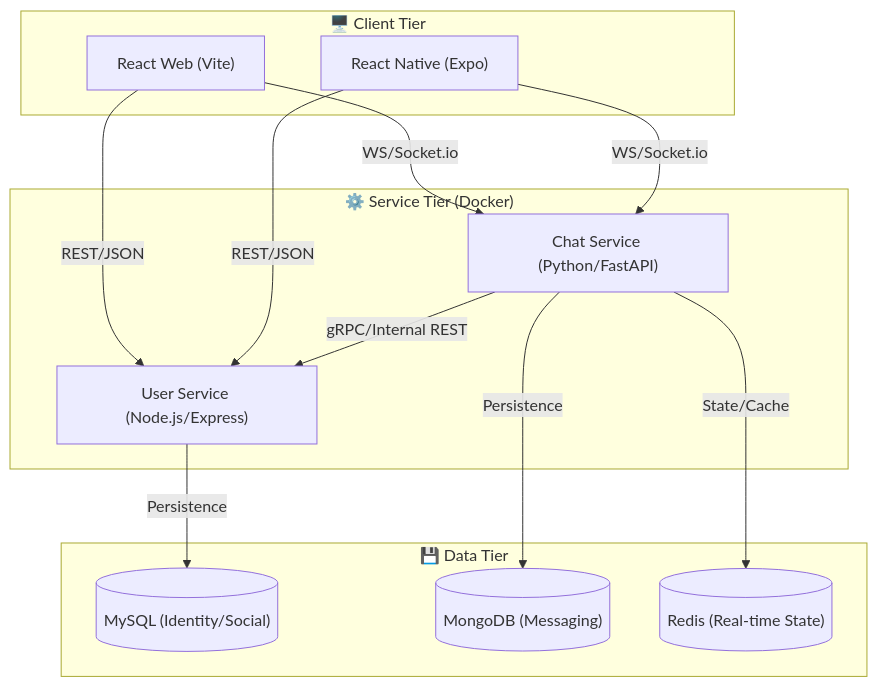
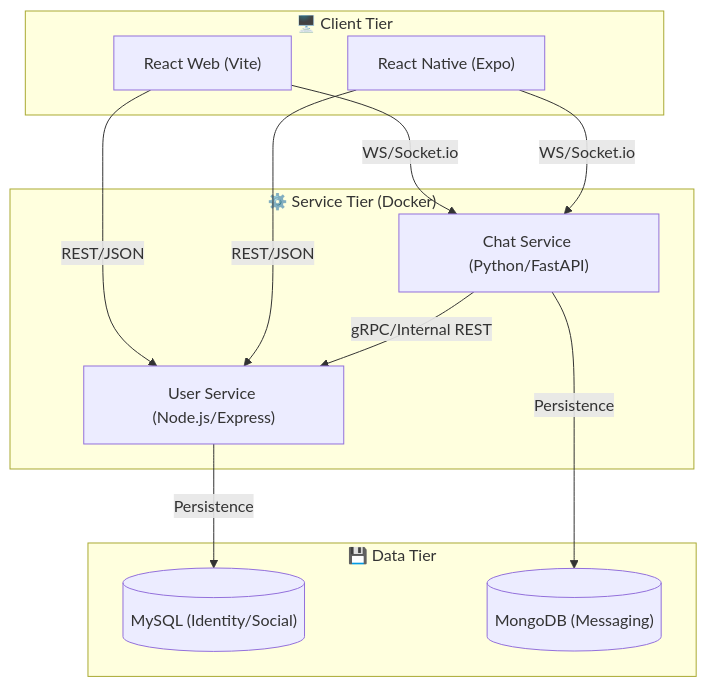
The first of 5 diagrams in ARCHITECTURE.md (Narendrakaduru/pingora), drawn with Mermaid before and after one commit. The commit also changed 1 other file, not shown here.

Commit message:
Remove Redis references from documentation

````diff
--- a/ARCHITECTURE.md
+++ b/ARCHITECTURE.md
@@ -7,29 +7,27 @@
 ```mermaid
 graph TB
     subgraph Client["🖥️ Client Tier"]
         WEB["React Web (Vite)"]
         MOBILE["React Native (Expo)"]
     end
 
     subgraph ServiceTier["⚙️ Service Tier (Docker)"]
         US["User Service (Node.js/Express)"]
         CS["Chat Service (Python/FastAPI)"]
     end
 
     subgraph DataTier["💾 Data Tier"]
         MYSQL[("MySQL (Identity/Social)")]
         MONGO[("MongoDB (Messaging)")]
-        REDIS[("Redis (Real-time State)")]
     end
 
     WEB -- "REST/JSON" --> US
     WEB -- "WS/Socket.io" --> CS
     MOBILE -- "REST/JSON" --> US
     MOBILE -- "WS/Socket.io" --> CS
 
     CS -- "gRPC/Internal REST" --> US
     
     US -- "Persistence" --> MYSQL
     CS -- "Persistence" --> MONGO
-    CS -- "State/Cache" --> REDIS
 ```
````
